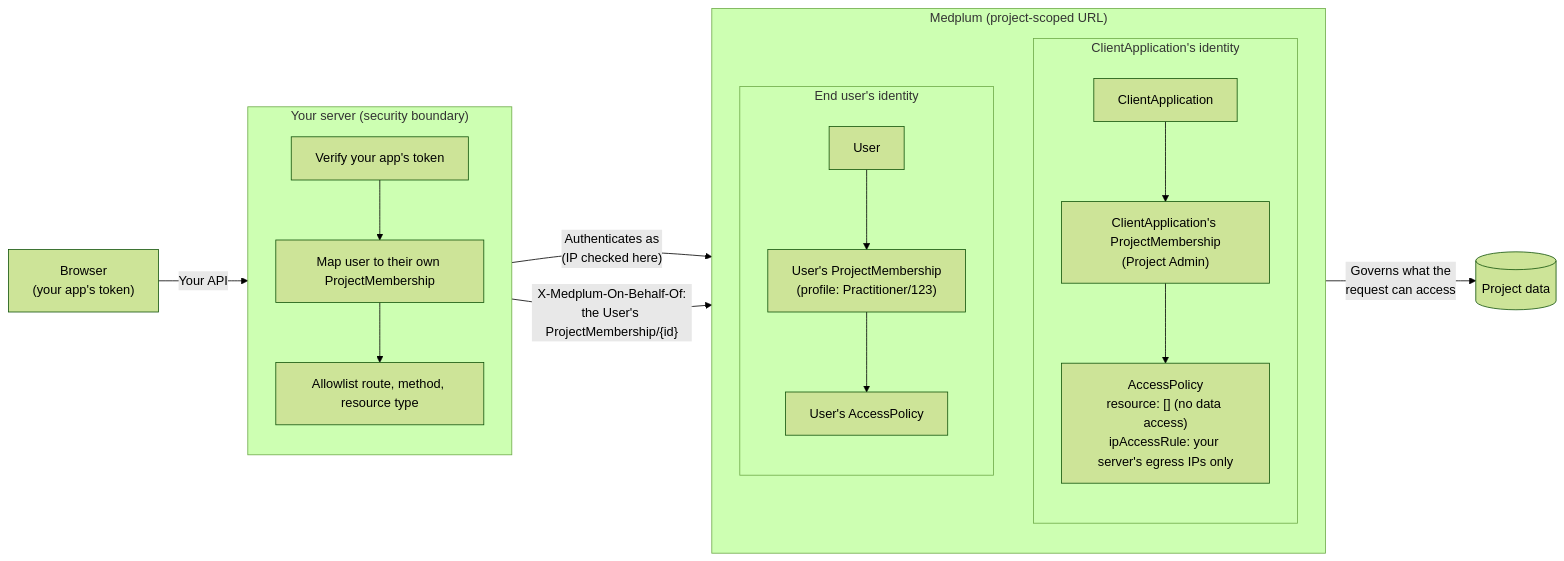
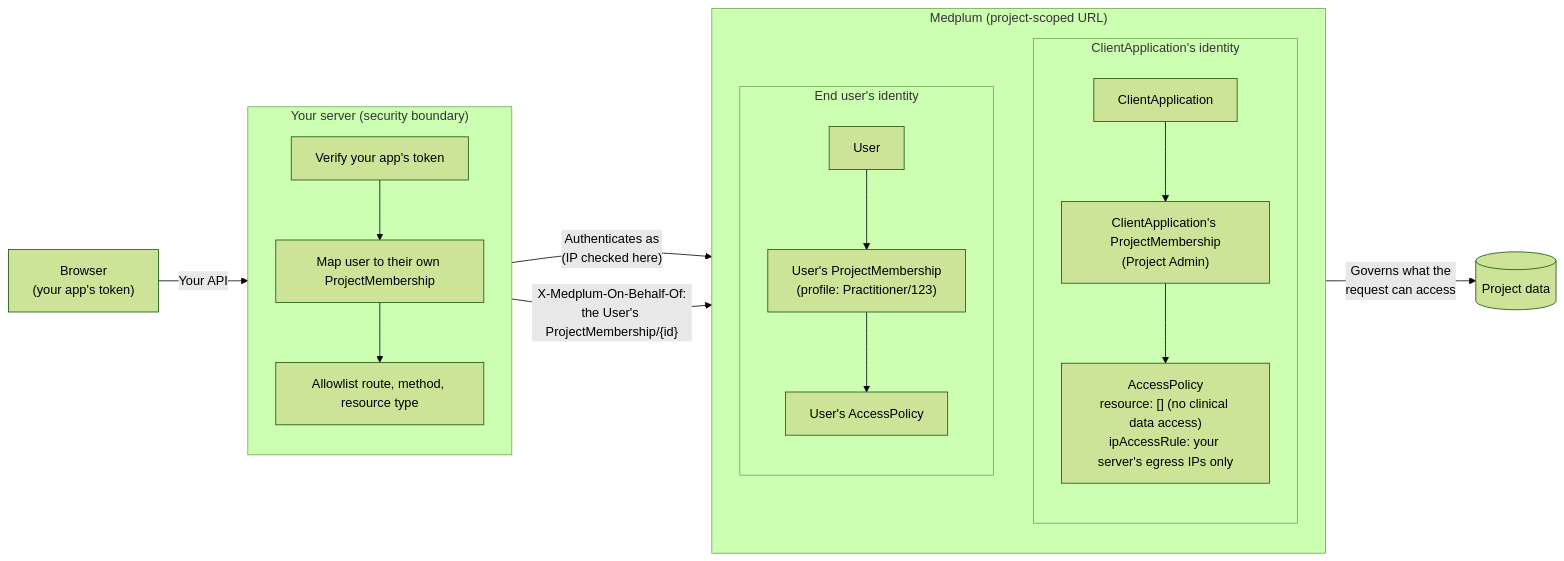
Before and after one commit to medplum/medplum: the second of 3 diagrams in packages/docs/content/docs/auth/server-to-server-security.md, drawn with Mermaid (forest theme). The commit also changed other lines of this file, not shown here.

````diff
--- a/packages/docs/content/docs/auth/server-to-server-security.md
+++ b/packages/docs/content/docs/auth/server-to-server-security.md
@@ -34,25 +34,25 @@
 ```mermaid
 flowchart LR
     B["Browser<br/>(your app's token)"] -->|"Your API"| S
     subgraph S["Your server (security boundary)"]
         direction TB
         A["Verify your app's token"] --> MM["Map user to their own ProjectMembership"]
         MM --> F["Allowlist route, method, resource type"]
     end
     S -->|"Authenticates as<br/>(IP checked here)"| CA
     S -->|"X-Medplum-On-Behalf-Of:<br/>the User's ProjectMembership/{id}"| UPM
     subgraph M["Medplum (project-scoped URL)"]
         direction TB
         subgraph CI["ClientApplication's identity"]
             direction TB
             CA["ClientApplication"] --> CPM["ClientApplication's ProjectMembership<br/>(Project Admin)"]
-            CPM --> CP["AccessPolicy<br/>resource: [] (no data access)<br/>ipAccessRule: your server's egress IPs only"]
+            CPM --> CP["AccessPolicy<br/>resource: [] (no clinical data access)<br/>ipAccessRule: your server's egress IPs only"]
         end
         subgraph UI["End user's identity"]
             direction TB
             U["User"] --> UPM["User's ProjectMembership<br/>(profile: Practitioner/123)"]
             UPM --> UP["User's AccessPolicy"]
         end
     end
     UP -->|"Governs what the<br/>request can access"| D[("Project data")]
 ```
````
